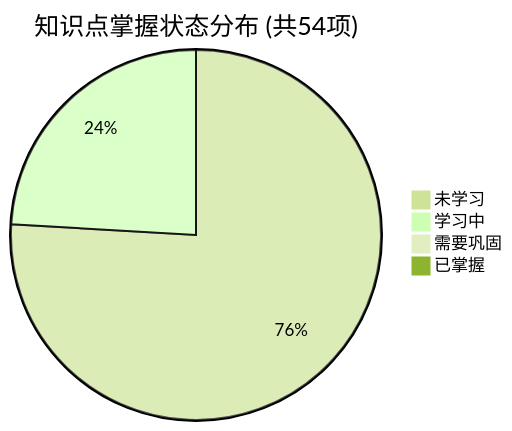
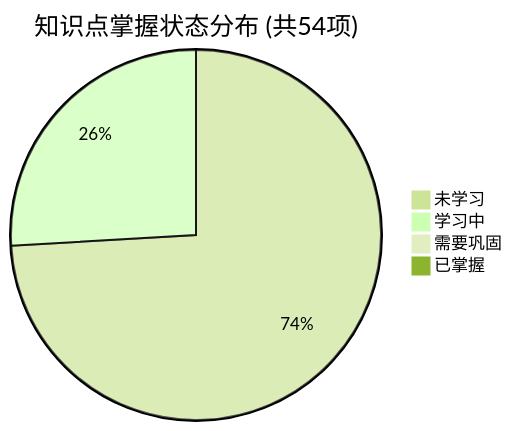
The first of 2 diagrams in PROGRESS.md (tieke1121/tech-interview-knowledge-base), drawn with Mermaid (forest theme) before and after one commit. The commit also changed other lines of this file and 1 other file, not shown here.

Commit message:
feat(day16): add enterprise data governance and metadata management architecture document

````diff
--- a/PROGRESS.md
+++ b/PROGRESS.md
@@ -23,7 +23,7 @@
 ```mermaid
 pie title 知识点掌握状态分布 (共54项)
-    "未学习" : 41
-    "学习中" : 13
+    "未学习" : 40
+    "学习中" : 14
     "需要巩固" : 0
     "已掌握" : 0
 ```
````
